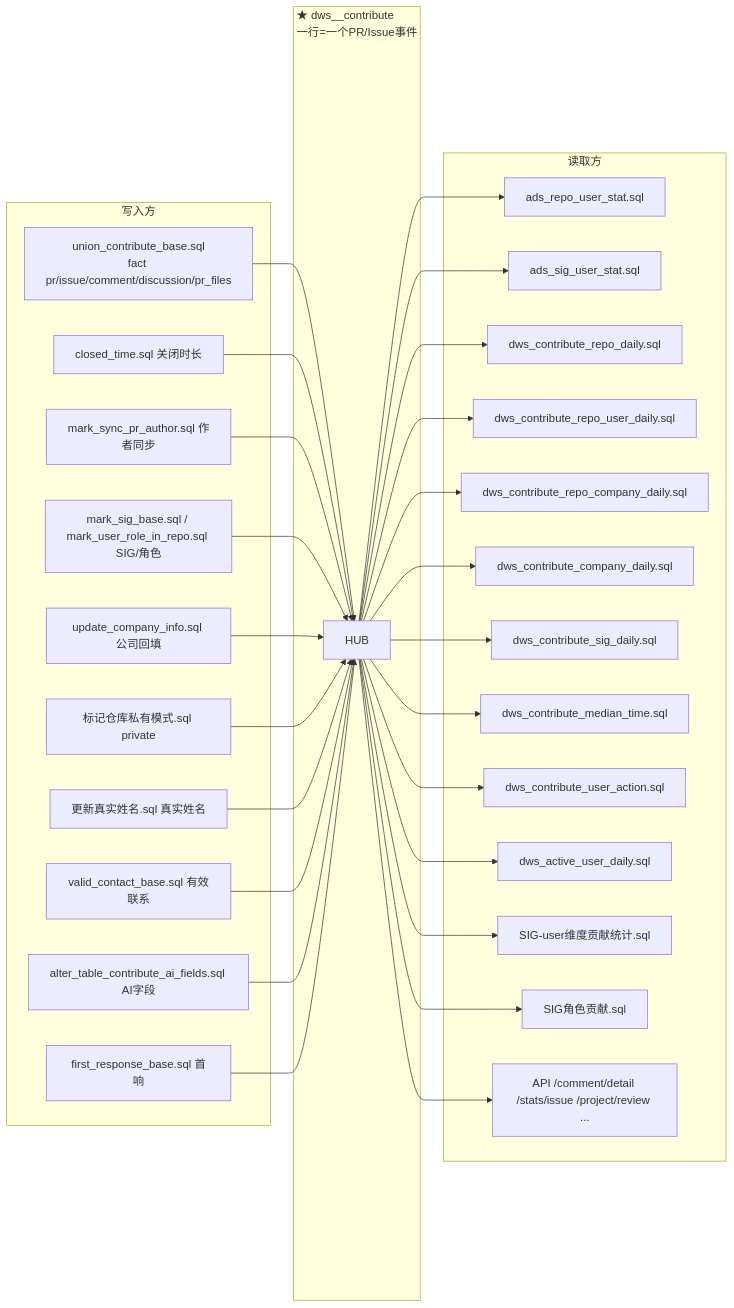
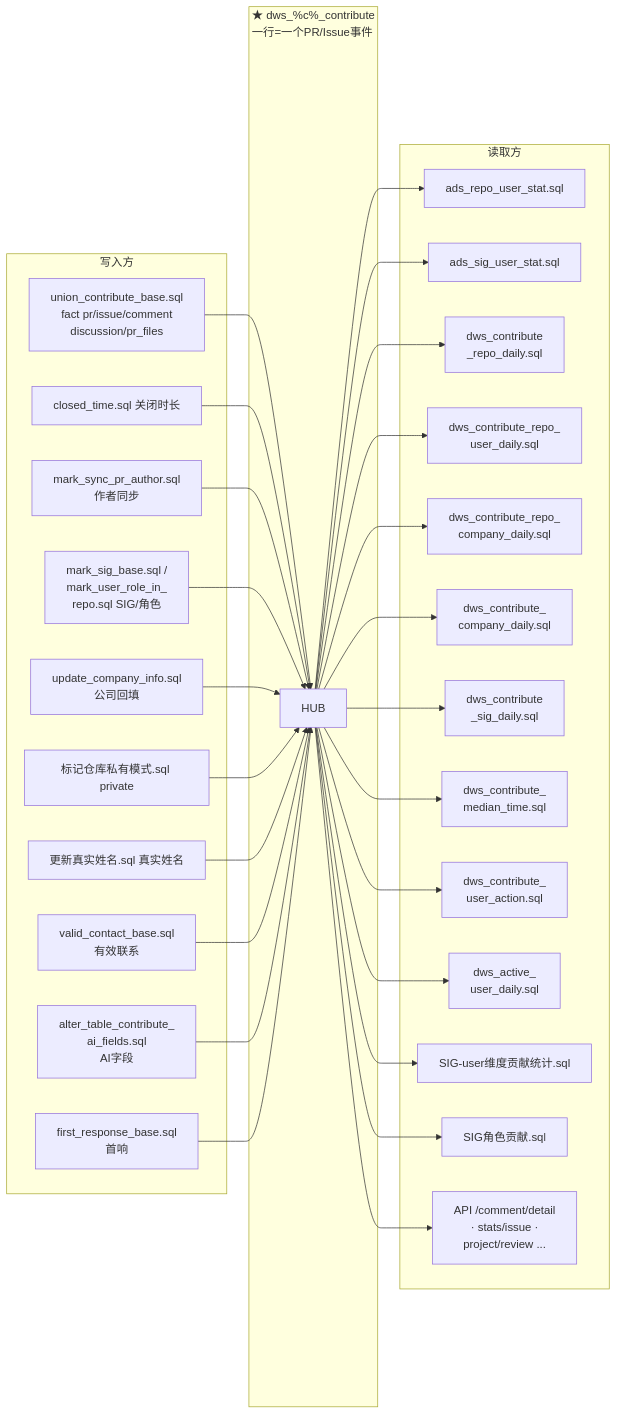
Before and after one commit to Kaede10/om-data: the second of 5 diagrams in src/om-datacenter.md, drawn with Mermaid. The commit also changed other lines of this file, not shown here.

````diff
--- a/src/om-datacenter.md
+++ b/src/om-datacenter.md
@@ -298,38 +299,38 @@
 ```mermaid
 graph LR
     subgraph 扇入[写入方]
-        IN1[union_contribute_base.sql<br/>fact pr/issue/comment/discussion/pr_files]
+        IN1[union_contribute_base.sql<br/>fact pr/issue/comment<br/>discussion/pr_files]
         IN2[closed_time.sql 关闭时长]
-        IN3[mark_sync_pr_author.sql 作者同步]
-        IN4[mark_sig_base.sql / mark_user_role_in_repo.sql SIG/角色]
-        IN5[update_company_info.sql 公司回填]
+        IN3[mark_sync_pr_author.sql<br/>作者同步]
+        IN4[mark_sig_base.sql /<br/>mark_user_role_in_<br/>repo.sql SIG/角色]
+        IN5[update_company_info.sql<br/>公司回填]
         IN6[标记仓库私有模式.sql private]
         IN7[更新真实姓名.sql 真实姓名]
-        IN8[valid_contact_base.sql 有效联系]
-        IN9[alter_table_contribute_ai_fields.sql AI字段]
-        IN10[first_response_base.sql 首响]
+        IN8[valid_contact_base.sql<br/>有效联系]
+        IN9[alter_table_contribute_<br/>ai_fields.sql<br/>AI字段]
+        IN10[first_response_base.sql<br/>首响]
     end
 
-    subgraph 中枢[★ dws_<c>_contribute<br/>一行=一个PR/Issue事件]
+    subgraph 中枢[★ dws_%c%_contribute<br/>一行=一个PR/Issue事件]
         HUB
     end
 
     subgraph 扇出[读取方]
         OUT1[ads_repo_user_stat.sql]
         OUT2[ads_sig_user_stat.sql]
-        OUT3[dws_contribute_repo_daily.sql]
-        OUT4[dws_contribute_repo_user_daily.sql]
-        OUT5[dws_contribute_repo_company_daily.sql]
-        OUT6[dws_contribute_company_daily.sql]
-        OUT7[dws_contribute_sig_daily.sql]
-        OUT8[dws_contribute_median_time.sql]
-        OUT9[dws_contribute_user_action.sql]
-        OUT10[dws_active_user_daily.sql]
+        OUT3[dws_contribute<br/>_repo_daily.sql]
+        OUT4[dws_contribute_repo_<br/>user_daily.sql]
+        OUT5[dws_contribute_repo_<br/>company_daily.sql]
+        OUT6[dws_contribute_<br/>company_daily.sql]
+        OUT7[dws_contribute<br/>_sig_daily.sql]
+        OUT8[dws_contribute_<br/>median_time.sql]
+        OUT9[dws_contribute_<br/>user_action.sql]
+        OUT10[dws_active_<br/>user_daily.sql]
         OUT11[SIG-user维度贡献统计.sql]
         OUT12[SIG角色贡献.sql]
-        OUT13[API /comment/detail /stats/issue /project/review ...]
+        OUT13[API /comment/detail<br/>· stats/issue ·<br/>project/review ...]
     end
 
     IN1 & IN2 & IN3 & IN4 & IN5 & IN6 & IN7 & IN8 & IN9 & IN10 --> HUB
     HUB --> OUT1 & OUT2 & OUT3 & OUT4 & OUT5 & OUT6 & OUT7 & OUT8 & OUT9 & OUT10 & OUT11 & OUT12 & OUT13
 ```
````
